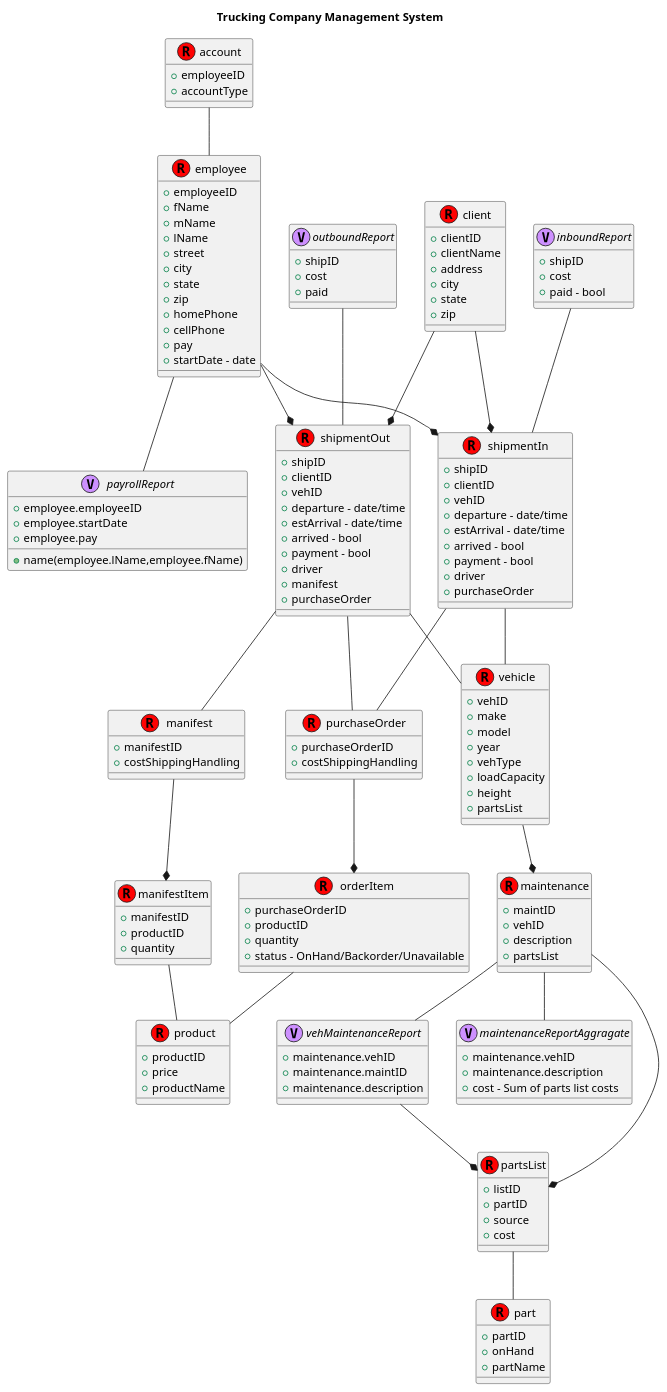
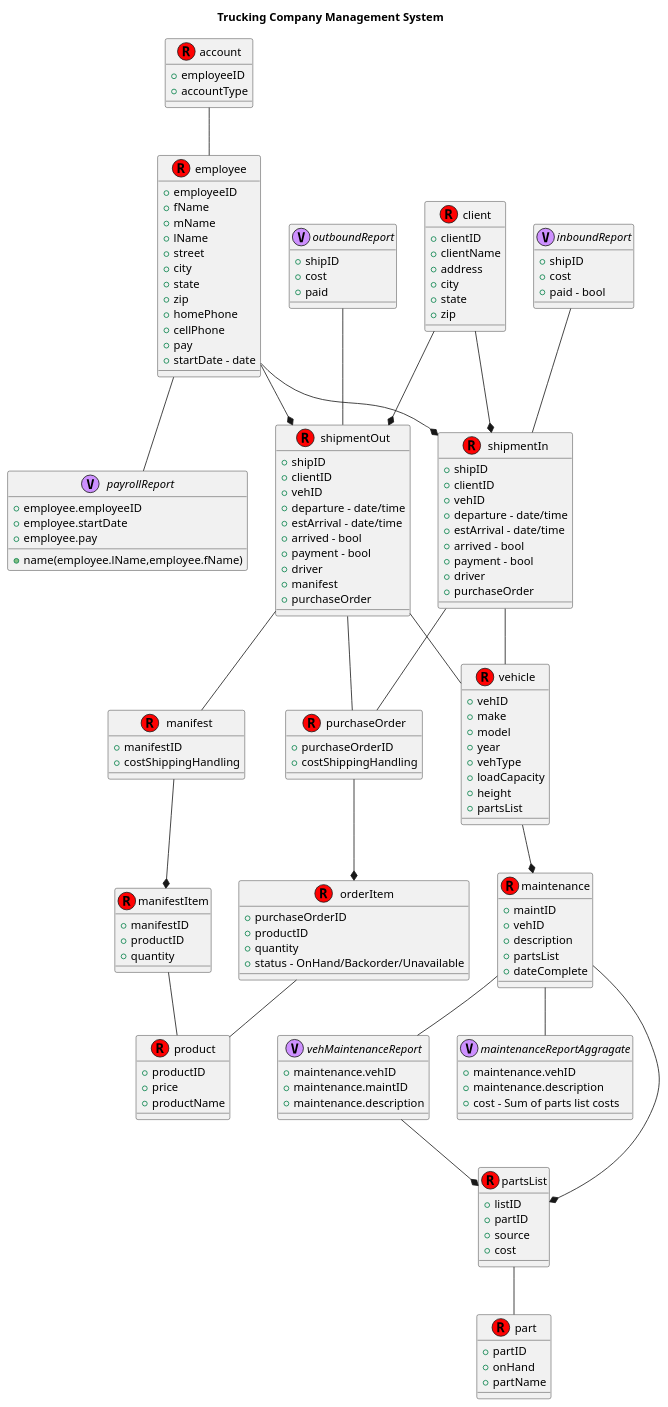
Before and after one commit to StephenP-AL/CS499-group-7: the diagram in planning/relation.puml, drawn with PlantUML. The commit also changed 1 other file, not shown here.

Commit message:
Added date attribute to maintenance table

```diff
--- a/planning/relation.puml
+++ b/planning/relation.puml
@@ -1,163 +1,164 @@
 @startuml
 
 title Trucking Company Management System
 
 account -- employee
 vehicle --* maintenance
 maintenance --*partsList
 partsList -- part
 employee --* shipmentIn
 employee --* shipmentOut
 shipmentIn -- purchaseOrder
 shipmentOut -- purchaseOrder
 shipmentOut -- manifest
 purchaseOrder --* orderItem
 manifest --* manifestItem
 manifestItem -- product
 orderItem -- product
 client --* shipmentIn
 client --* shipmentOut
 shipmentIn -- vehicle
 shipmentOut -- vehicle
 employee -- payrollReport
 maintenance -- maintenanceReportAggragate
 maintenance -- vehMaintenanceReport
 vehMaintenanceReport --* partsList
 
 class shipmentIn << (R,#FF0202) >>{
   +shipID
   +clientID
   +vehID
   +departure - date/time
   +estArrival - date/time
   +arrived - bool
   +payment - bool
   +driver
   +purchaseOrder
 }
 class shipmentOut<< (R,#FF0202) >>{
   +shipID
   +clientID
   +vehID
   +departure - date/time
   +estArrival - date/time
   +arrived - bool
   +payment - bool
   +driver
   +manifest
   +purchaseOrder
 }
 class client<< (R,#FF0202) >>{
   +clientID
   +clientName
   +address
   +city
   +state
   +zip
 }
 class manifest<< (R,#FF0202) >>{
   +manifestID
   +costShippingHandling
 }
 class purchaseOrder<< (R,#FF0202) >>{
   +purchaseOrderID
   +costShippingHandling
 }
 class manifestItem<< (R,#FF0202) >>{
   +manifestID
   +productID
   +quantity
 }
 class orderItem<< (R,#FF0202) >>{
   +purchaseOrderID
   +productID
   +quantity
   +status - OnHand/Backorder/Unavailable
 }
 class product<< (R,#FF0202) >>{
   +productID
   +price
   +productName
 }
 
 class account << (R,#FF0202) >> {
   +employeeID
   +accountType
   }
 class employee << (R,#FF0202) >> {
   +employeeID
   +fName
   +mName
   +lName
   +street
   +city
   +state
   +zip
   +homePhone
   +cellPhone
   +pay
   +startDate - date
 }
 
 class vehicle << (R,#FF0202) >> {
   +vehID
   +make
   +model
   +year
   +vehType
   +loadCapacity
   +height
   +partsList
   }
 class maintenance << (R,#FF0202) >> {
   +maintID
   +vehID
   +description
   +partsList
+  +dateComplete
 }
 class partsList << (R,#FF0202) >> {
   +listID
   +partID
   +source
   +cost
 }
 class part<< (R,#FF0202) >>{
   +partID
   +onHand
   +partName
 }
 
 interface payrollReport << (V,CD90FF) >>{
  +employee.employeeID
  +name(employee.lName,employee.fName)
  +employee.startDate
  +employee.pay
  }
  
 interface maintenanceReportAggragate << (V,CD90FF) >>{
  +maintenance.vehID
  +maintenance.description
  +cost - Sum of parts list costs
  }
  
 interface vehMaintenanceReport << (V,CD90FF) >>{
 +maintenance.vehID
 +maintenance.maintID
 +maintenance.description
 }
 
 interface inboundReport << (V,CD90FF) >>{
  +shipID
  +cost
  +paid - bool
  }
 inboundReport -- shipmentIn
 
 interface outboundReport << (V,CD90FF) >>{
  +shipID
  +cost
  +paid
  }
  outboundReport -- shipmentOut
 
 @enduml
```
